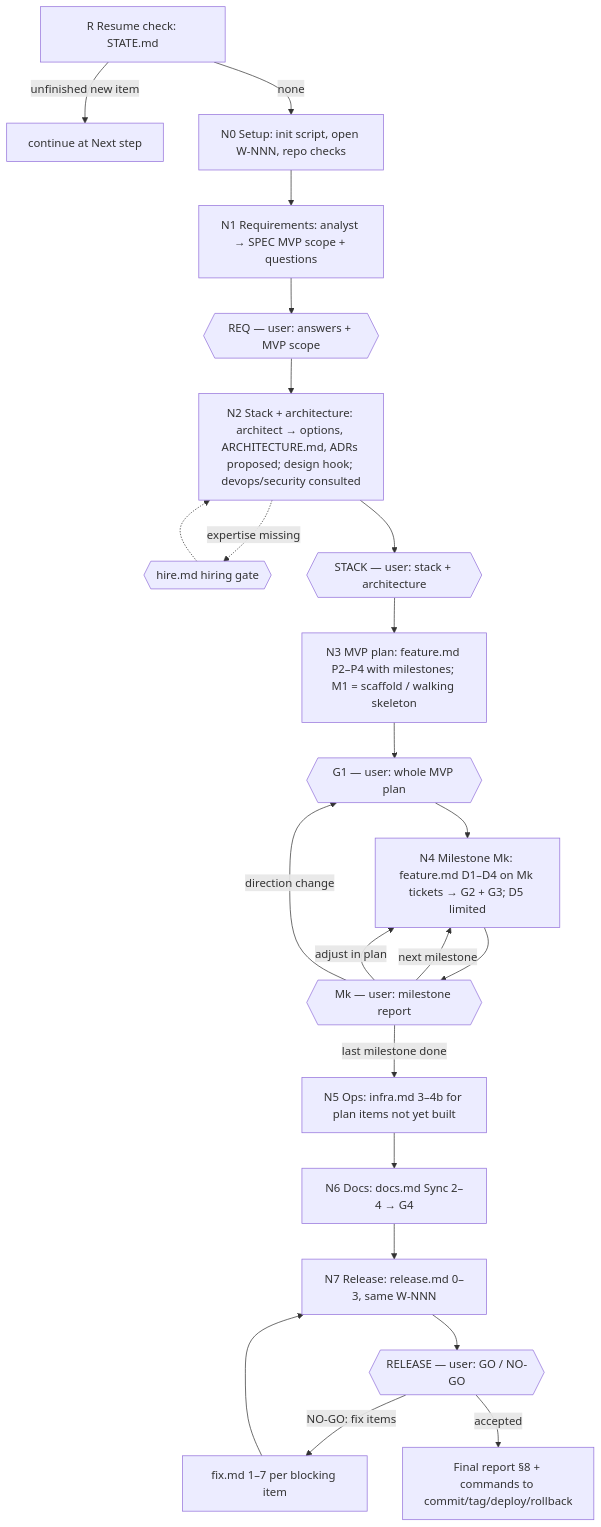
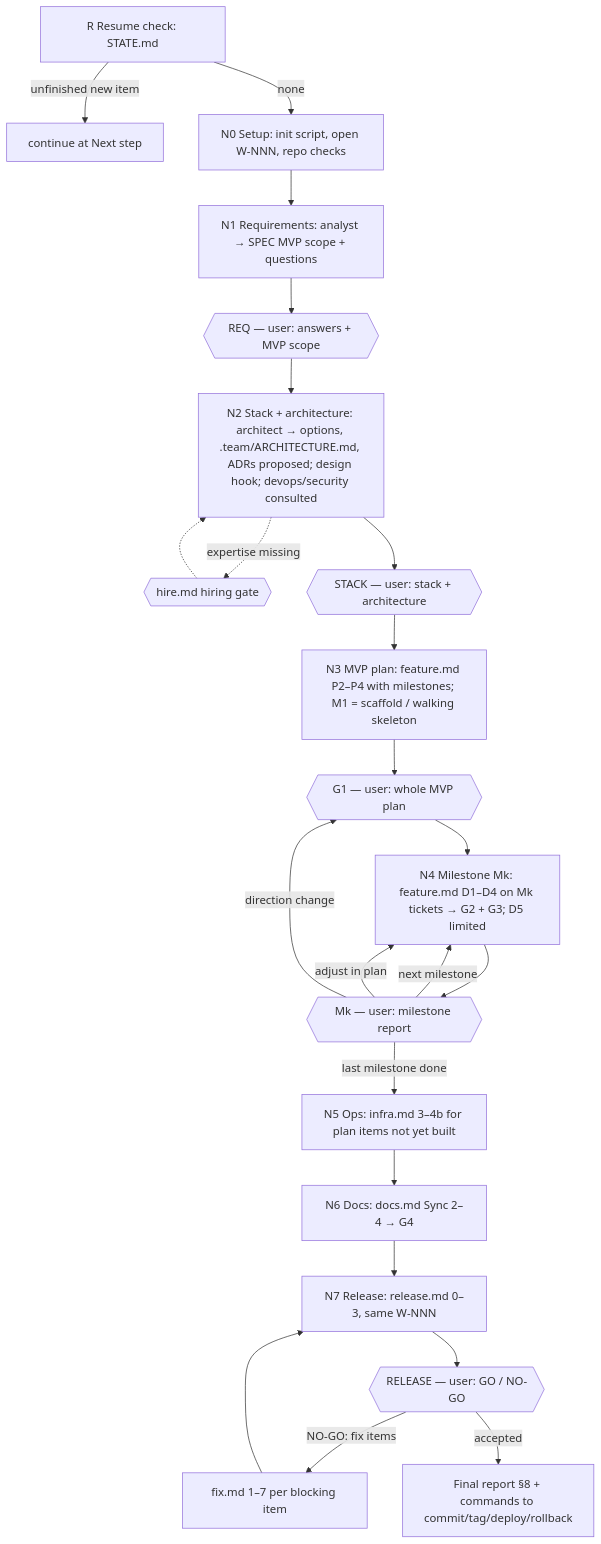
Before and after one commit to Tuan-Quyen/technical-teams: the diagram in commands/new.md, drawn with Mermaid. The commit also changed other lines of this file and 24 other files, not shown here.

````diff
--- a/commands/new.md
+++ b/commands/new.md
@@ -44,24 +44,24 @@
 ```mermaid
 flowchart TD
   R0[R Resume check: STATE.md] -->|unfinished new item| RES[continue at Next step]
   R0 -->|none| N0[N0 Setup: init script, open W-NNN, repo checks]
   N0 --> N1[N1 Requirements: analyst → SPEC MVP scope + questions]
   N1 --> REQ{{REQ — user: answers + MVP scope}}
-  REQ --> N2[N2 Stack + architecture: architect → options, ARCHITECTURE.md, ADRs proposed; design hook; devops/security consulted]
+  REQ --> N2[N2 Stack + architecture: architect → options, .team/ARCHITECTURE.md, ADRs proposed; design hook; devops/security consulted]
   N2 -. expertise missing .-> HIRE{{hire.md hiring gate}}
   HIRE -.-> N2
   N2 --> STACK{{STACK — user: stack + architecture}}
   STACK --> N3[N3 MVP plan: feature.md P2–P4 with milestones; M1 = scaffold / walking skeleton]
   N3 --> G1{{G1 — user: whole MVP plan}}
   G1 --> N4[N4 Milestone Mk: feature.md D1–D4 on Mk tickets → G2 + G3; D5 limited]
   N4 --> MK{{Mk — user: milestone report}}
   MK -- next milestone --> N4
   MK -- adjust in plan --> N4
   MK -- direction change --> G1
   MK -- last milestone done --> N5[N5 Ops: infra.md 3–4b for plan items not yet built]
   N5 --> N6[N6 Docs: docs.md Sync 2–4 → G4]
   N6 --> N7[N7 Release: release.md 0–3, same W-NNN]
   N7 --> REL{{RELEASE — user: GO / NO-GO}}
   REL -- NO-GO: fix items --> FX[fix.md 1–7 per blocking item] --> N7
   REL -- accepted --> END[Final report §8 + commands to commit/tag/deploy/rollback]
 ```
````
